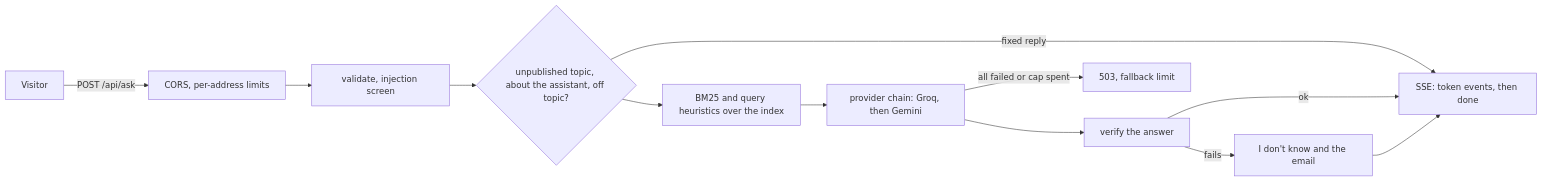
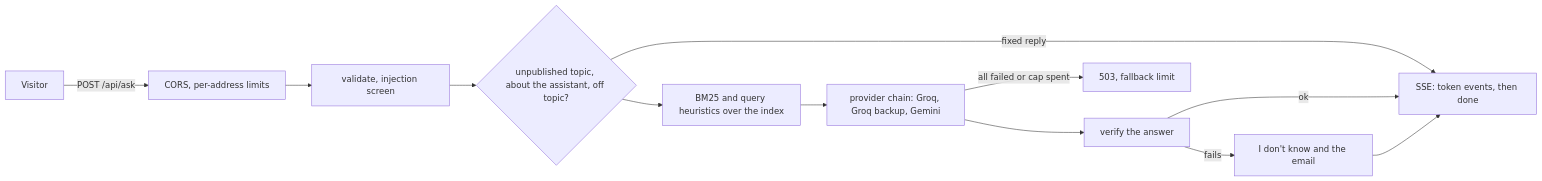
One commit to Aditya2616/LLM-Powered-RAG-Chatbot changed the second of 2 diagrams in README.md. Above: the diagram before and after it, drawn with Mermaid. The commit also changed other lines of this file and 9 other files, not shown here.

Commit message:
Ask-Aditya: Groq primary and backup then Gemini last, notes with verified terms, eval runner redaction and pacing, two more skill questions, no-private-names test

````diff
--- a/README.md
+++ b/README.md
@@ -355,14 +355,14 @@
 ```mermaid
 flowchart LR
     V[Visitor] -->|POST /api/ask| C[CORS, per-address limits]
     C --> S[validate, injection screen]
     S --> T{unpublished topic, about the assistant, off topic?}
     T -->|fixed reply| E
     T --> R[BM25 and query heuristics over the index]
-    R --> G[provider chain: Groq, then Gemini]
+    R --> G[provider chain: Groq, Groq backup, Gemini]
     G -->|all failed or cap spent| X[503, fallback limit]
     G --> Y[verify the answer]
     Y -->|ok| E[SSE: token events, then done]
     Y -->|fails| U[I don't know and the email]
     U --> E
 ```
````
